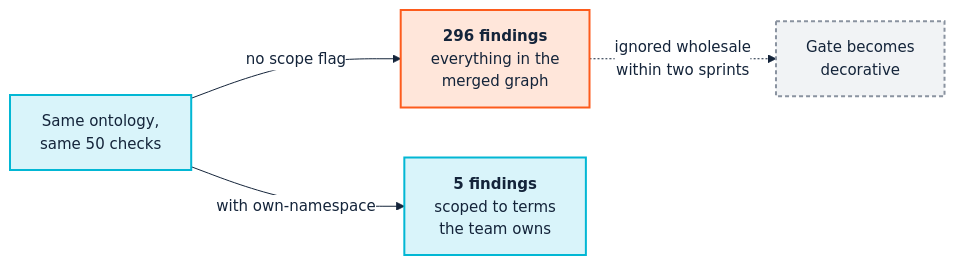
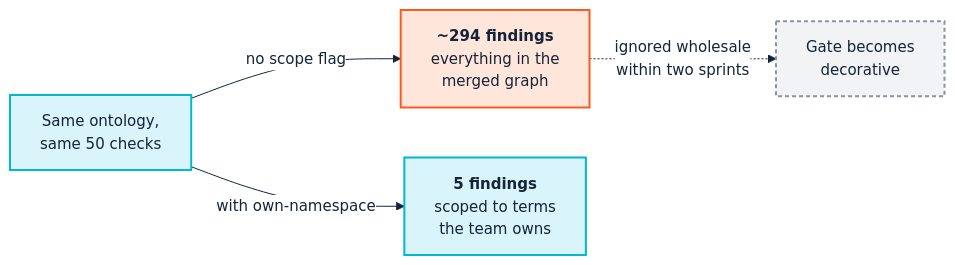
The diagram in docs/02-people-and-cognition.md (pwin/SemOpsManual), drawn with Mermaid before and after one commit. The commit also changed other lines of this file and 8 other files, not shown here.

````diff
--- a/docs/02-people-and-cognition.md
+++ b/docs/02-people-and-cognition.md
@@ -149,20 +150,20 @@
 ```mermaid
 %%{init: {'theme':'base','themeVariables':{
   'fontSize':'15px','fontFamily':'Segoe UI, Helvetica, Arial, sans-serif',
   'lineColor':'#14243A','primaryTextColor':'#14243A',
   'edgeLabelBackground':'#FFFFFF'}}}%%
 flowchart LR
     RUN["Same ontology,<br/>same 50 checks"]
-    A["<b>296 findings</b><br/>everything in the<br/>merged graph"]
+    A["<b>~294 findings</b><br/>everything in the<br/>merged graph"]
     B["<b>5 findings</b><br/>scoped to terms<br/>the team owns"]
 
     RUN -->|"no scope flag"| A
     RUN -->|"with own-namespace"| B
 
     A -.->|"ignored wholesale<br/>within two sprints"| X["Gate becomes<br/>decorative"]
 
     classDef ci fill:#D9F4FA,stroke:#02B7D4,stroke-width:2px,color:#14243A;
     classDef human fill:#FFE6DA,stroke:#FD5B1C,stroke-width:2px,color:#14243A;
     classDef gap fill:#F1F3F5,stroke:#8A93A0,stroke-width:2px,color:#14243A,stroke-dasharray:4 3;
     class RUN ci; class A human; class B ci; class X gap;
 ```
````
